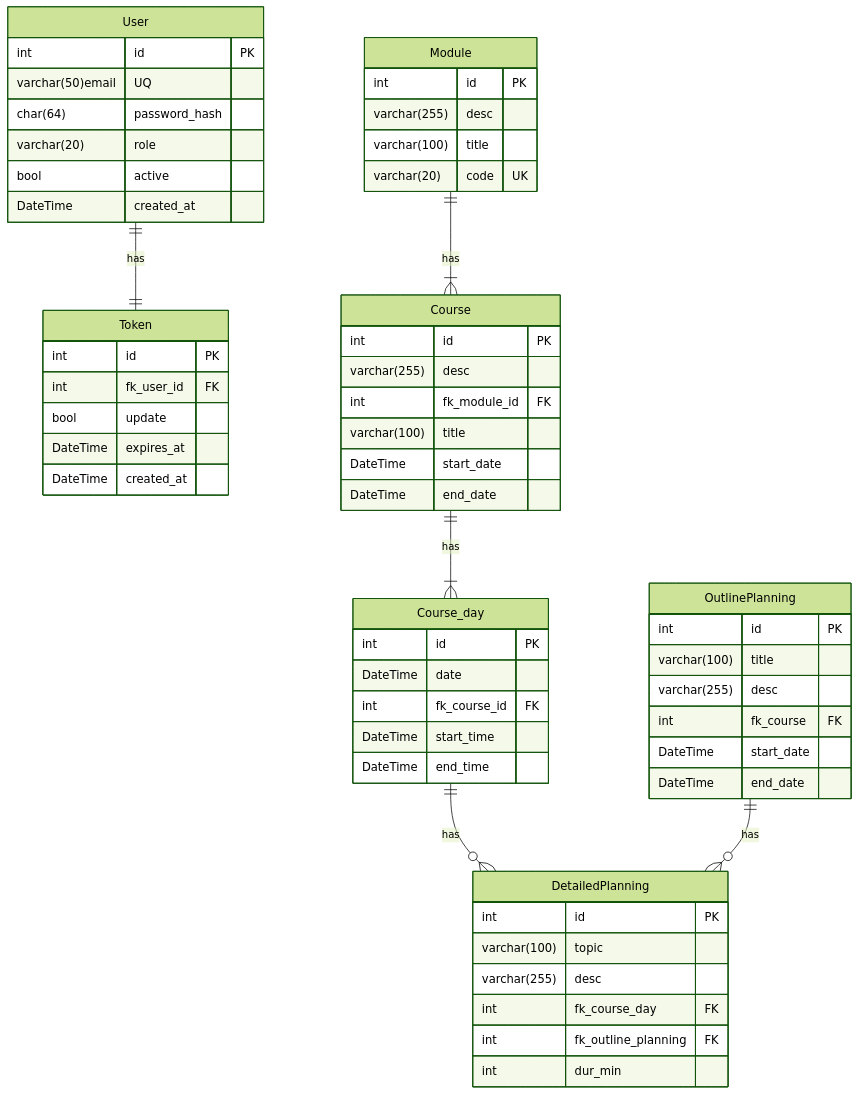
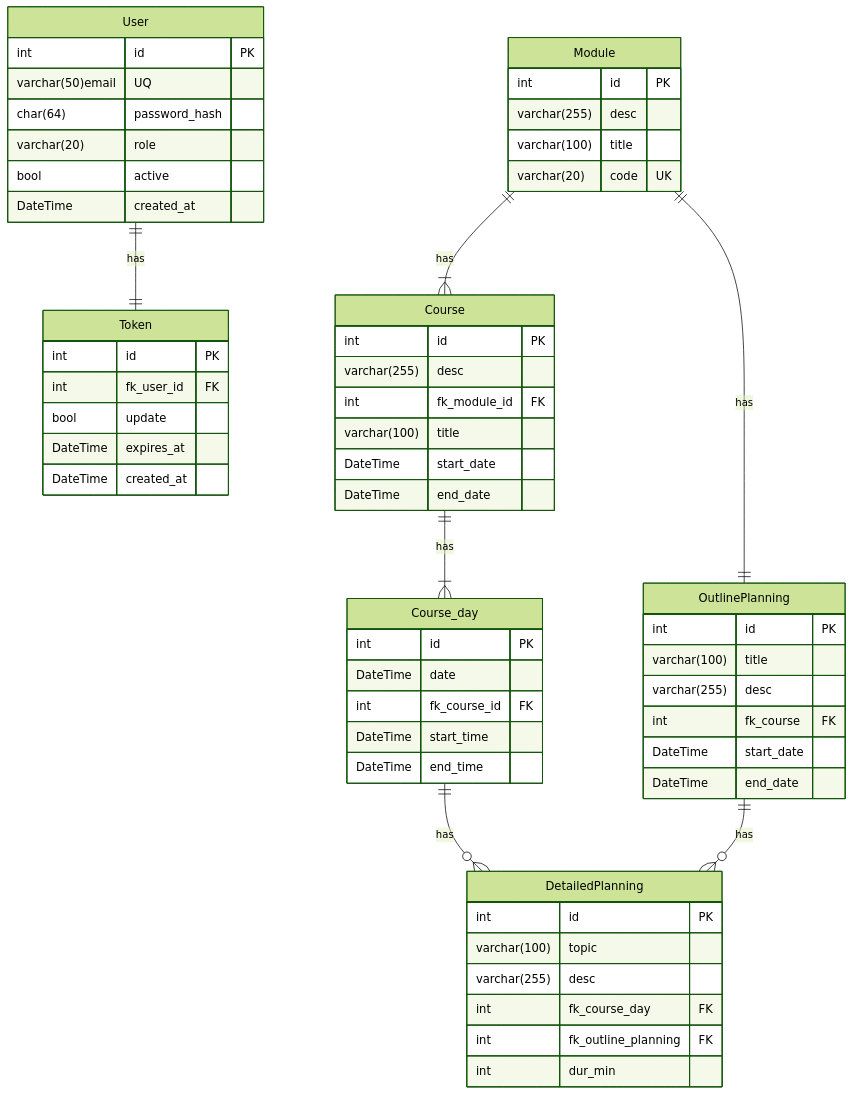
One commit to IPT8-1-Group/IPT8.1-Cadence changed the diagram in Documentation/Database/ERModel.md. Above: the diagram before and after it, drawn with Mermaid (forest theme).

Commit message:
fix: add new relation in ERM fix#1

````diff
--- a/Documentation/Database/ERModel.md
+++ b/Documentation/Database/ERModel.md
@@ -8,66 +8,67 @@
 ```mermaid
 erDiagram
     User ||--|| Token : has
     Module ||--|{ Course : has
     Course ||--|{ Course_day : has
     Course_day ||--o{ DetailedPlanning : has
     OutlinePlanning ||--o{DetailedPlanning : has
+    Module ||--||OutlinePlanning : has
 
     User{
         int id PK
         varchar(50)email UQ
         char(64) password_hash
         varchar(20) role
         bool active
         DateTime created_at
     }
     Token {
         int id PK
         int fk_user_id FK
         bool update
         DateTime expires_at
         DateTime created_at
     }
     
     Module {
         int id PK
         varchar(255) desc
         varchar(100) title
         varchar(20) code UK
     }
     
     Course {
         int id PK
         varchar(255) desc
         int fk_module_id FK
         varchar(100) title
         DateTime start_date
         DateTime end_date
     }
     
     Course_day {
         int id PK
         DateTime date
         int fk_course_id FK
         DateTime start_time
         DateTime end_time
     }
     OutlinePlanning {
         int id PK
         varchar(100) title
         varchar(255) desc
         int fk_course FK
         DateTime start_date
         DateTime end_date
        }
    
     DetailedPlanning {
         int id PK
         varchar(100) topic
         varchar(255) desc
         int fk_course_day FK
         int fk_outline_planning FK
         int dur_min
        }
     
 ```
````
